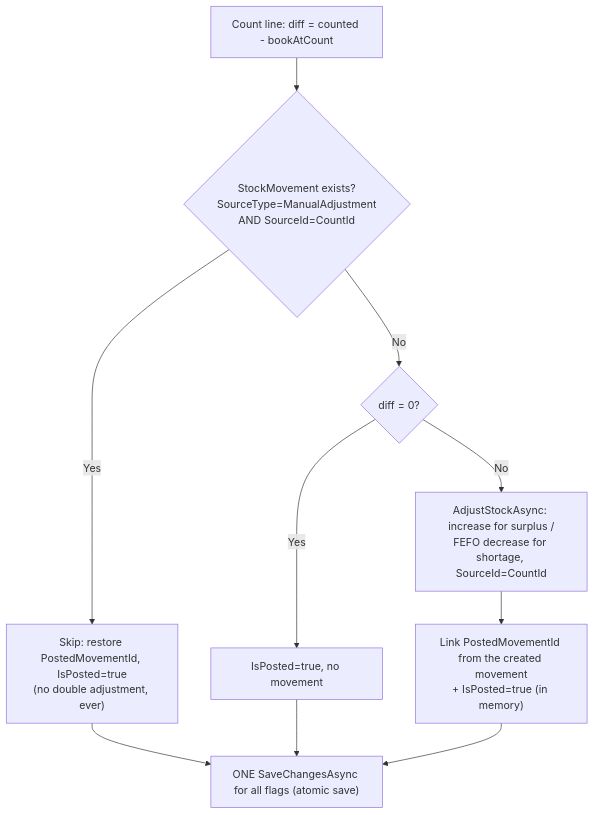
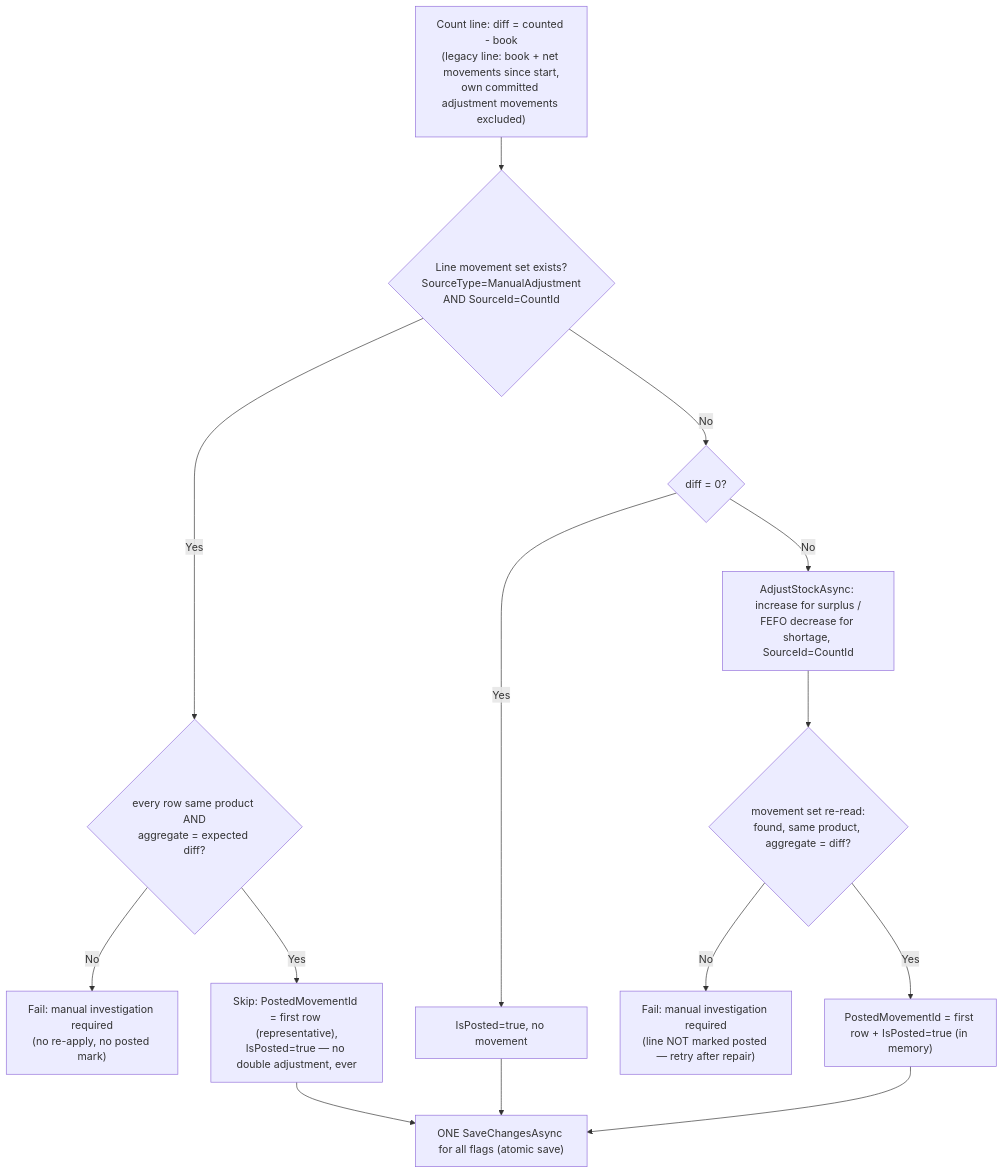
Before and after one commit to el-Sharif-suhiam/SaylPOS: the second of 2 diagrams in docs/workflows/STOCK_COUNT_WORKFLOW.md, drawn with Mermaid. The commit also changed other lines of this file and 3 other files, not shown here.

First line of the commit message:
fix(stock-count): validate posted movement sets and verify before marking lines

````diff
--- a/docs/workflows/STOCK_COUNT_WORKFLOW.md
+++ b/docs/workflows/STOCK_COUNT_WORKFLOW.md
@@ -99,12 +99,16 @@
 ```mermaid
 flowchart TB
-    L["Count line: diff = counted - bookAtCount"] --> EXIST{"StockMovement exists?<br/>SourceType=ManualAdjustment<br/>AND SourceId=CountId"}
-    EXIST -->|Yes| SKIP["Skip: restore PostedMovementId, IsPosted=true<br/>(no double adjustment, ever)"]
+    L["Count line: diff = counted - book<br/>(legacy line: book + net movements since start,<br/>own committed adjustment movements excluded)"] --> EXIST{"Line movement set exists?<br/>SourceType=ManualAdjustment<br/>AND SourceId=CountId"}
+    EXIST -->|Yes| VALID{"every row same product AND<br/>aggregate = expected diff?"}
+    VALID -->|No| FAIL1["Fail: manual investigation required<br/>(no re-apply, no posted mark)"]
+    VALID -->|Yes| SKIP["Skip: PostedMovementId = first row (representative),<br/>IsPosted=true — no double adjustment, ever"]
     EXIST -->|No| ZERO{"diff = 0?"}
     ZERO -->|Yes| CLOSE["IsPosted=true, no movement"]
     ZERO -->|No| ADJ["AdjustStockAsync: increase for surplus /<br/>FEFO decrease for shortage, SourceId=CountId"]
-    ADJ --> LINK["Link PostedMovementId from the created movement<br/>+ IsPosted=true (in memory)"]
+    ADJ --> VERIFY{"movement set re-read:<br/>found, same product, aggregate = diff?"}
+    VERIFY -->|No| FAIL2["Fail: manual investigation required<br/>(line NOT marked posted — retry after repair)"]
+    VERIFY -->|Yes| LINK["PostedMovementId = first row + IsPosted=true (in memory)"]
     SKIP --> SAVE
     CLOSE --> SAVE
     LINK --> SAVE["ONE SaveChangesAsync for all flags (atomic save)"]
 ```
````
